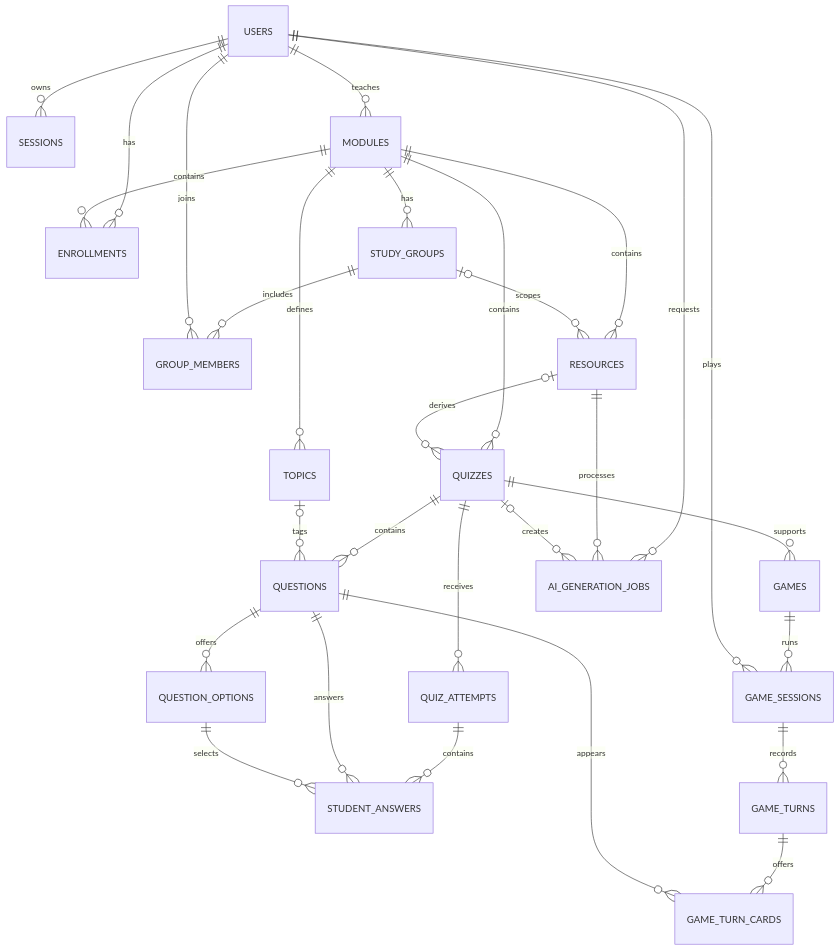
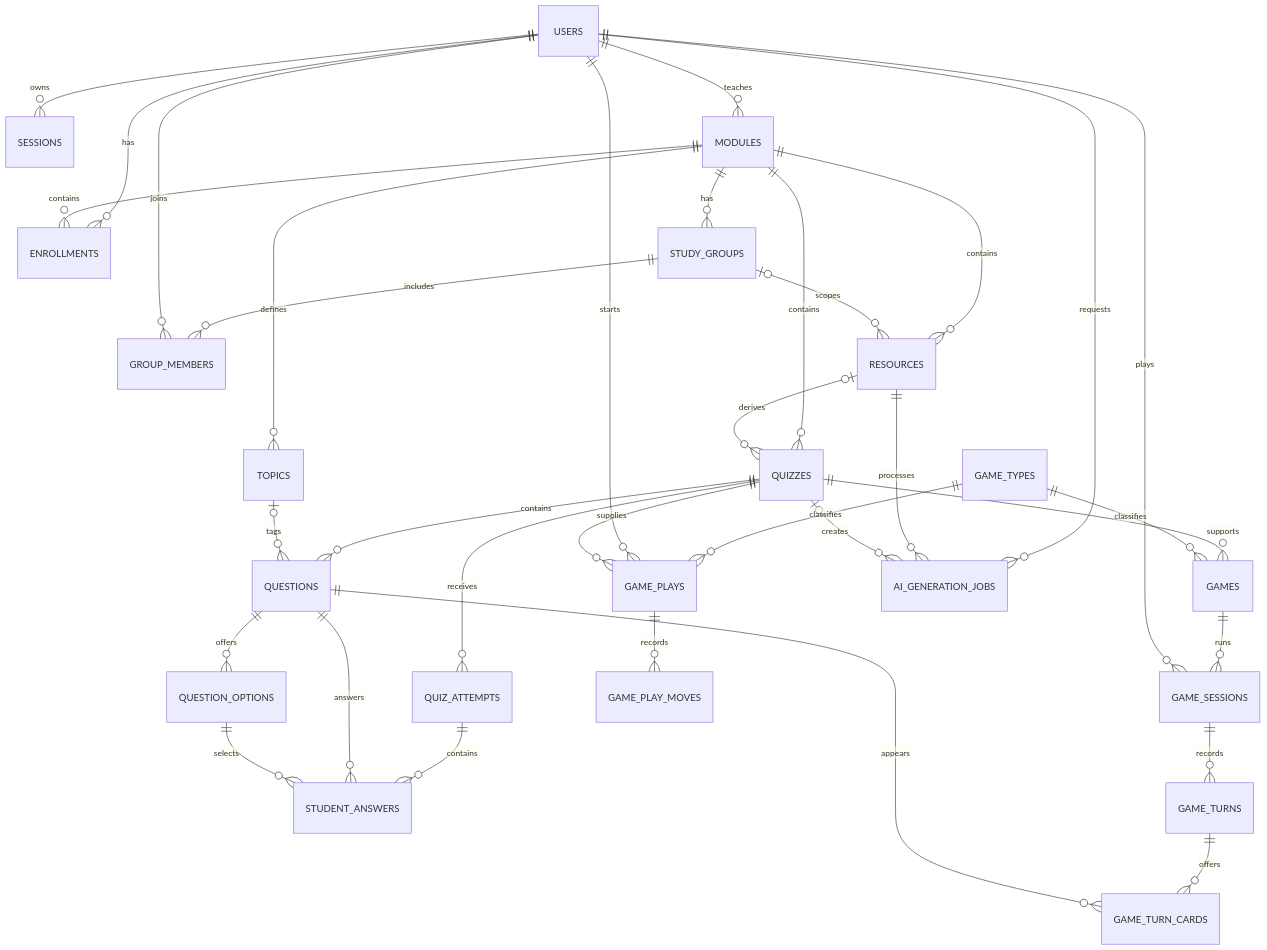
Before and after one commit to VeroshinNaidoo/IT-project: the diagram in docs/ERD.md, drawn with Mermaid. The commit also changed other lines of this file and 26 other files, not shown here.

````diff
--- a/docs/ERD.md
+++ b/docs/ERD.md
@@ -5,31 +5,36 @@
 ```mermaid
 erDiagram
   USERS ||--o{ SESSIONS : owns
   USERS ||--o{ MODULES : teaches
   USERS ||--o{ ENROLLMENTS : has
   MODULES ||--o{ ENROLLMENTS : contains
   MODULES ||--o{ STUDY_GROUPS : has
   STUDY_GROUPS ||--o{ GROUP_MEMBERS : includes
   USERS ||--o{ GROUP_MEMBERS : joins
   MODULES ||--o{ RESOURCES : contains
   STUDY_GROUPS o|--o{ RESOURCES : scopes
   MODULES ||--o{ TOPICS : defines
   MODULES ||--o{ QUIZZES : contains
   RESOURCES o|--o{ QUIZZES : derives
   QUIZZES ||--o{ QUESTIONS : contains
   TOPICS o|--o{ QUESTIONS : tags
   QUESTIONS ||--o{ QUESTION_OPTIONS : offers
   QUIZZES ||--o{ QUIZ_ATTEMPTS : receives
   QUIZ_ATTEMPTS ||--o{ STUDENT_ANSWERS : contains
   QUESTIONS ||--o{ STUDENT_ANSWERS : answers
   QUESTION_OPTIONS ||--o{ STUDENT_ANSWERS : selects
   QUIZZES ||--o{ GAMES : supports
+  GAME_TYPES ||--o{ GAMES : classifies
   GAMES ||--o{ GAME_SESSIONS : runs
   USERS ||--o{ GAME_SESSIONS : plays
   GAME_SESSIONS ||--o{ GAME_TURNS : records
   GAME_TURNS ||--o{ GAME_TURN_CARDS : offers
   QUESTIONS ||--o{ GAME_TURN_CARDS : appears
+  GAME_TYPES ||--o{ GAME_PLAYS : classifies
+  USERS ||--o{ GAME_PLAYS : starts
+  QUIZZES ||--o{ GAME_PLAYS : supplies
+  GAME_PLAYS ||--o{ GAME_PLAY_MOVES : records
   USERS ||--o{ AI_GENERATION_JOBS : requests
   RESOURCES ||--o{ AI_GENERATION_JOBS : processes
   QUIZZES o|--o{ AI_GENERATION_JOBS : creates
 ```
````
